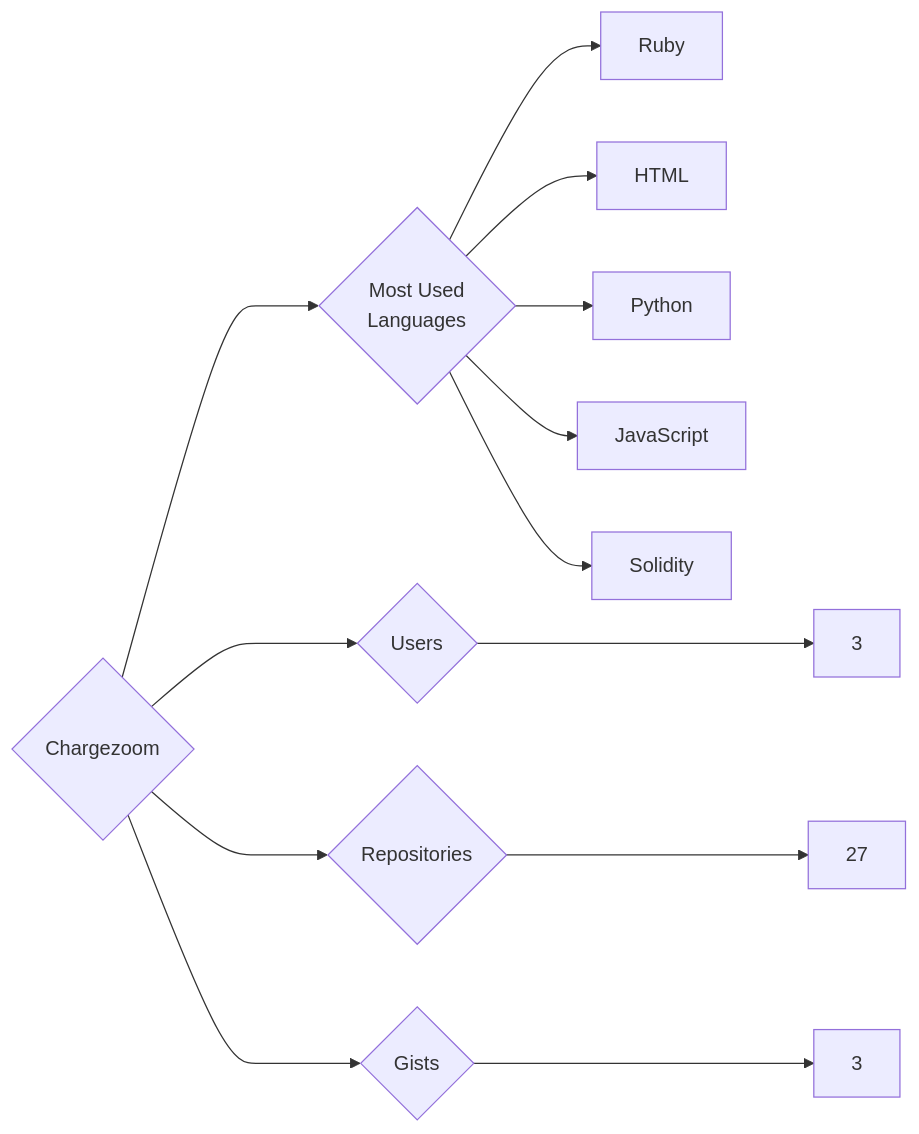
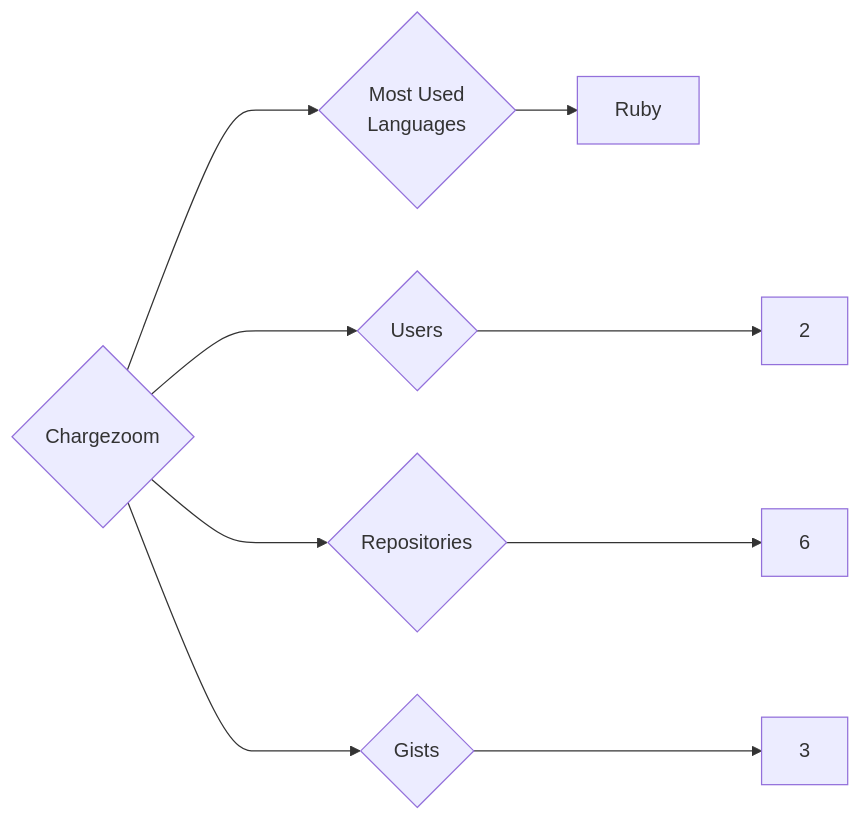
Before and after one commit to trickest/insiders: the diagram in targets/Chargezoom/README.md, drawn with Mermaid. The commit also changed 1148 other files, not shown here.

````diff
--- a/targets/Chargezoom/README.md
+++ b/targets/Chargezoom/README.md
@@ -3,13 +3,9 @@
 ```mermaid
 graph LR
 COMPANY_NAME{Chargezoom}
-COMPANY_NAME ---> U{Users} ---> UN[3]
-COMPANY_NAME ---> R{Repositories} ---> RN[27]
+COMPANY_NAME ---> U{Users} ---> UN[2]
+COMPANY_NAME ---> R{Repositories} ---> RN[6]
 COMPANY_NAME ---> G{Gists} ---> GN[3]
 COMPANY_NAME ---> ML{Most Used<br>Languages}
 ML --> Ruby[Ruby]
-ML --> HTML[HTML]
-ML --> Python[Python]
-ML --> JavaScript[JavaScript]
-ML --> Solidity[Solidity]
 ```
````
